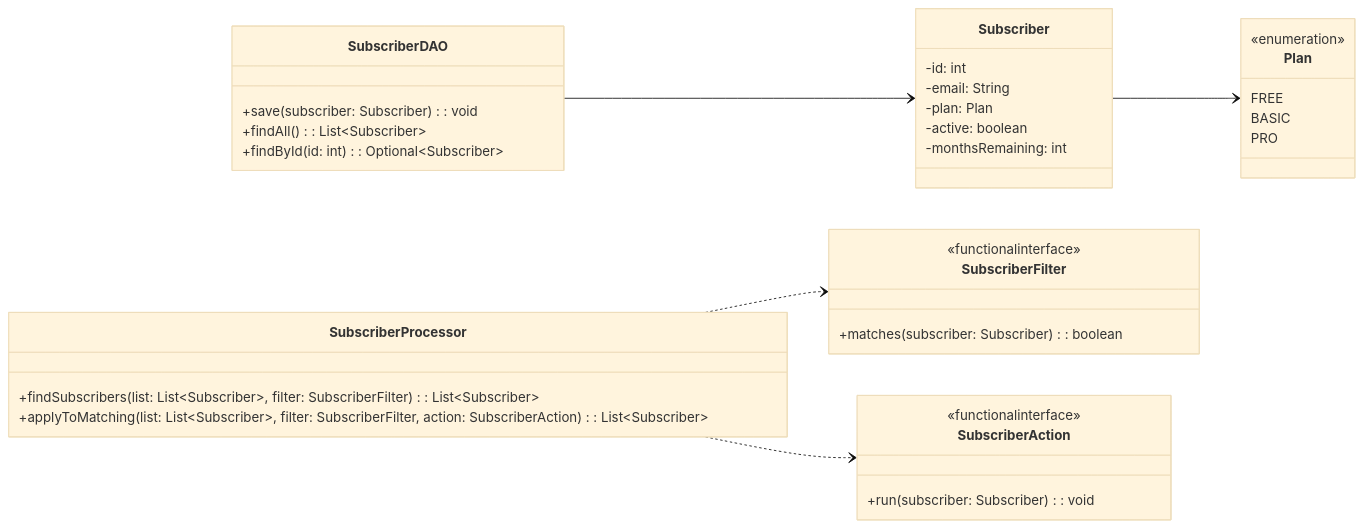
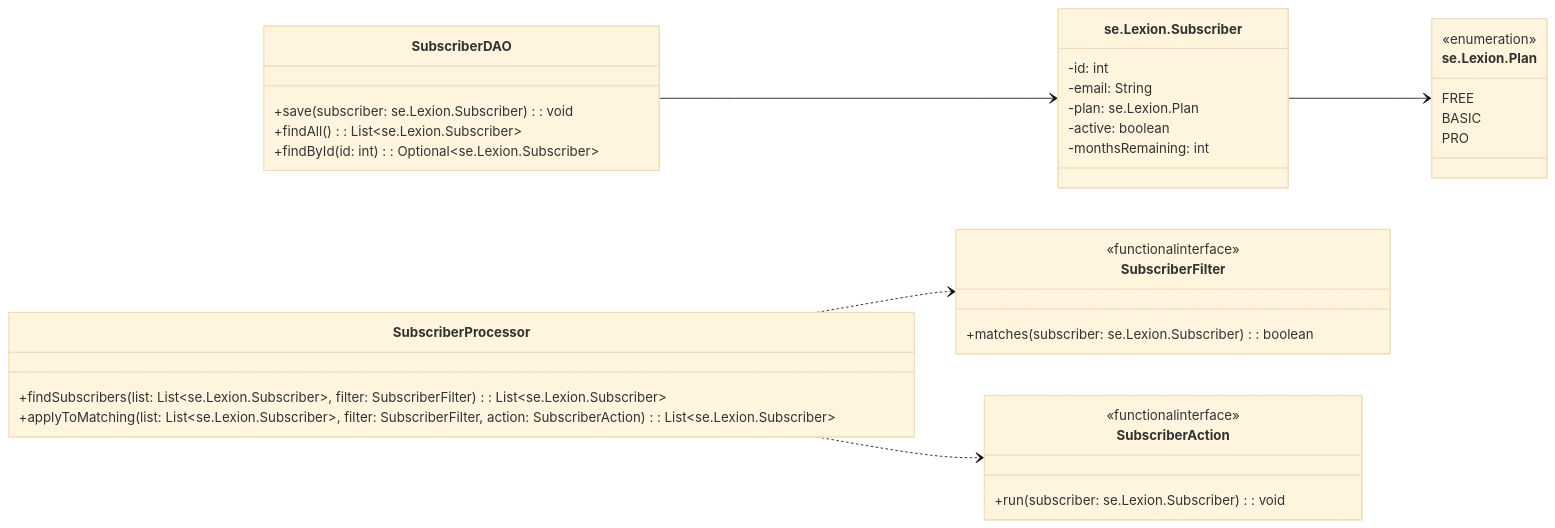
The diagram in Functional_Programming_Workshop.md (KristyH89/Workshop9-Functional-Programming), drawn with Mermaid (base theme) before and after one commit. The commit also changed other lines of this file and 3 other files, not shown here.

Commit message:
Add SubscriberDAO.java, moved plan and subscribers because they where on the wrong place.

````diff
--- a/Functional_Programming_Workshop.md
+++ b/Functional_Programming_Workshop.md
@@ -16,45 +16,45 @@
 ```mermaid
 classDiagram
     direction LR
 
-    class Subscriber {
+    class se.Lexion.Subscriber {
         -id: int
         -email: String
-        -plan: Plan
+        -plan: se.Lexion.Plan
         -active: boolean
         -monthsRemaining: int
     }
 
-    class Plan {
+    class se.Lexion.Plan {
         <<enumeration>>
         FREE
         BASIC
         PRO
     }
 
     class SubscriberDAO {
-        +save(subscriber: Subscriber): void
-        +findAll(): List~Subscriber~
-        +findById(id: int): Optional~Subscriber~
+        +save(subscriber: se.Lexion.Subscriber): void
+        +findAll(): List~se.Lexion.Subscriber~
+        +findById(id: int): Optional~se.Lexion.Subscriber~
     }
 
     class SubscriberFilter {
         <<functionalinterface>>
-        +matches(subscriber: Subscriber): boolean
+        +matches(subscriber: se.Lexion.Subscriber): boolean
     }
 
     class SubscriberAction {
         <<functionalinterface>>
-        +run(subscriber: Subscriber): void
+        +run(subscriber: se.Lexion.Subscriber): void
     }
 
     class SubscriberProcessor {
-        +findSubscribers(list: List~Subscriber~, filter: SubscriberFilter): List~Subscriber~
-        +applyToMatching(list: List~Subscriber~, filter: SubscriberFilter, action: SubscriberAction): List~Subscriber~
+        +findSubscribers(list: List~se.Lexion.Subscriber~, filter: SubscriberFilter): List~se.Lexion.Subscriber~
+        +applyToMatching(list: List~se.Lexion.Subscriber~, filter: SubscriberFilter, action: SubscriberAction): List~se.Lexion.Subscriber~
     }
 
-    Subscriber --> Plan
-    SubscriberDAO --> Subscriber
+    se.Lexion.Subscriber --> se.Lexion.Plan
+    SubscriberDAO --> se.Lexion.Subscriber
     SubscriberProcessor ..> SubscriberFilter
     SubscriberProcessor ..> SubscriberAction
 ```
````
